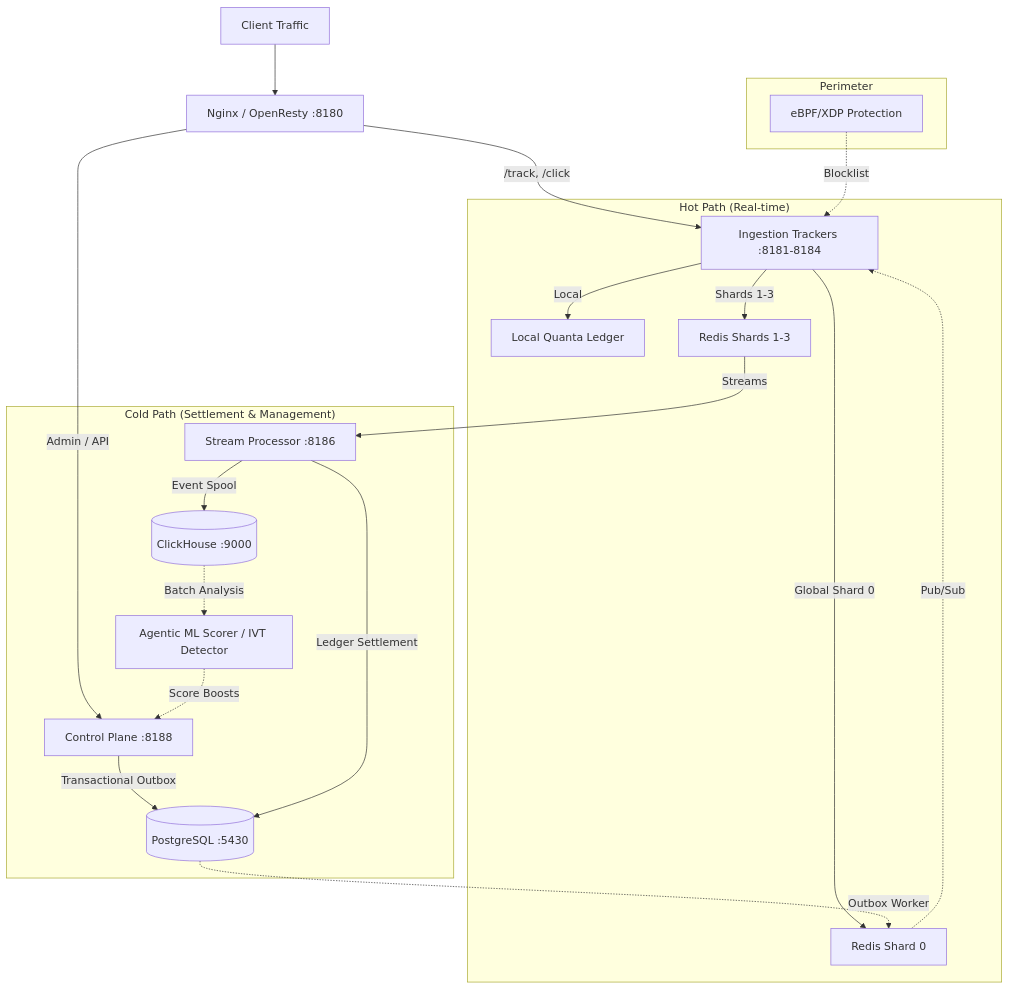
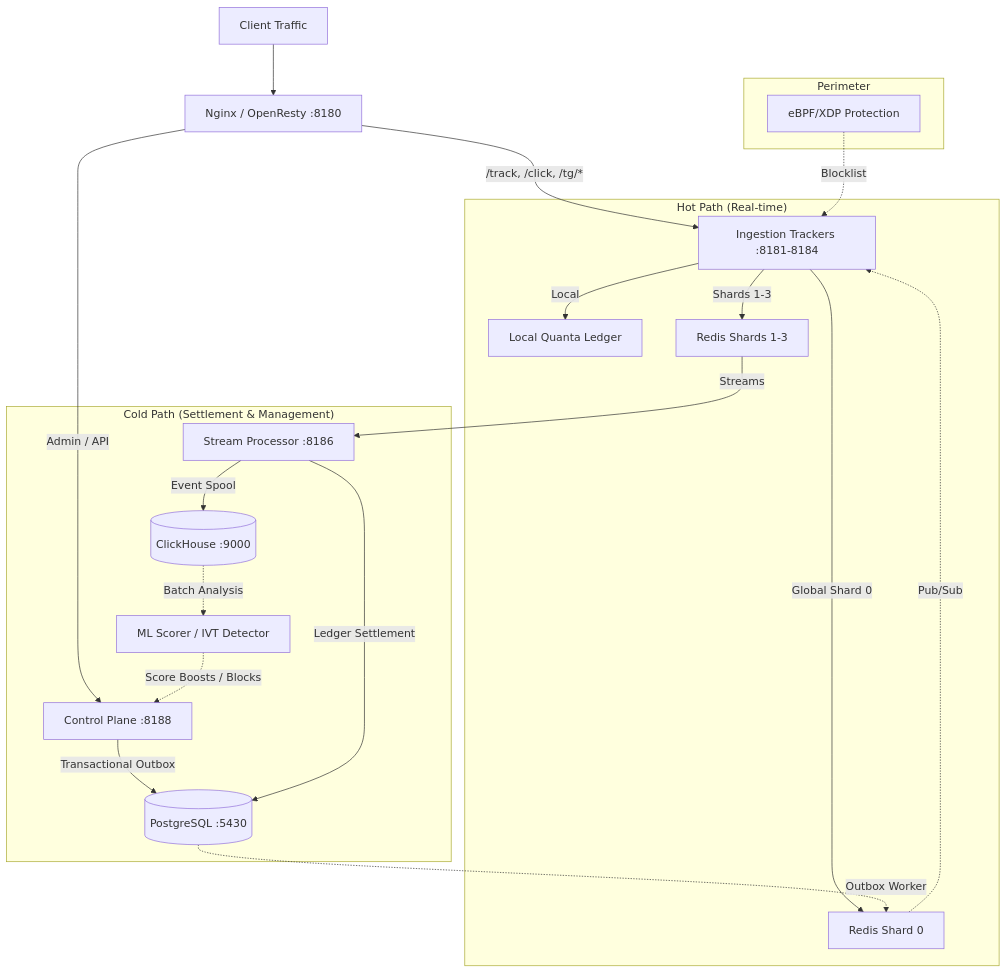
One commit to mykhailov-ua/ad-event-processor changed the first of 3 diagrams in docs/ARCHITECTURE.md. Above: the diagram before and after it, drawn with Mermaid. The commit also changed other lines of this file and 38 other files, not shown here.

````diff
--- a/docs/ARCHITECTURE.md
+++ b/docs/ARCHITECTURE.md
@@ -11,29 +11,29 @@
 ```mermaid
 graph TD
     Client[Client Traffic] --> Nginx[Nginx / OpenResty :8180]
-    Nginx -->|/track, /click| Tracker[Ingestion Trackers :8181-8184]
+    Nginx -->|/track, /click, /tg/*| Tracker[Ingestion Trackers :8181-8184]
     Nginx -->|Admin / API| Control[Control Plane :8188]
 
     subgraph "Hot Path (Real-time)"
         Tracker -->|Local| Quanta[Local Quanta Ledger]
         Tracker -->|Global Shard 0| Redis0[Redis Shard 0]
         Tracker -->|Shards 1-3| RedisN[Redis Shards 1-3]
         Redis0 -.->|Pub/Sub| Tracker
     end
 
     subgraph "Cold Path (Settlement & Management)"
         Control -->|Transactional Outbox| PG[(PostgreSQL :5430)]
         PG -.->|Outbox Worker| Redis0
         
         RedisN -->|Streams| Processor[Stream Processor :8186]
         Processor -->|Ledger Settlement| PG
         Processor -->|Event Spool| CH[(ClickHouse :9000)]
         
-        CH -.->|Batch Analysis| Scorer[Agentic ML Scorer / IVT Detector]
-        Scorer -.->|Score Boosts| Control
+        CH -.->|Batch Analysis| Scorer[ML Scorer / IVT Detector]
+        Scorer -.->|Score Boosts / Blocks| Control
     end
 
     subgraph "Perimeter"
         XDP[eBPF/XDP Protection] -.->|Blocklist| Tracker
     end
 ```
````
